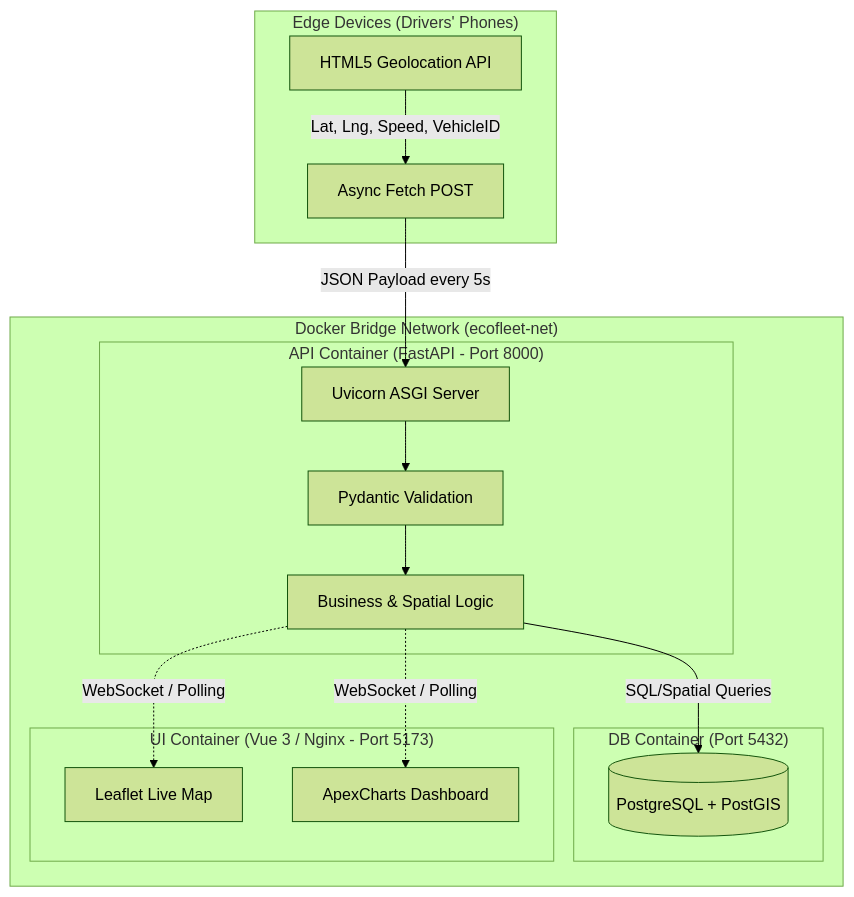
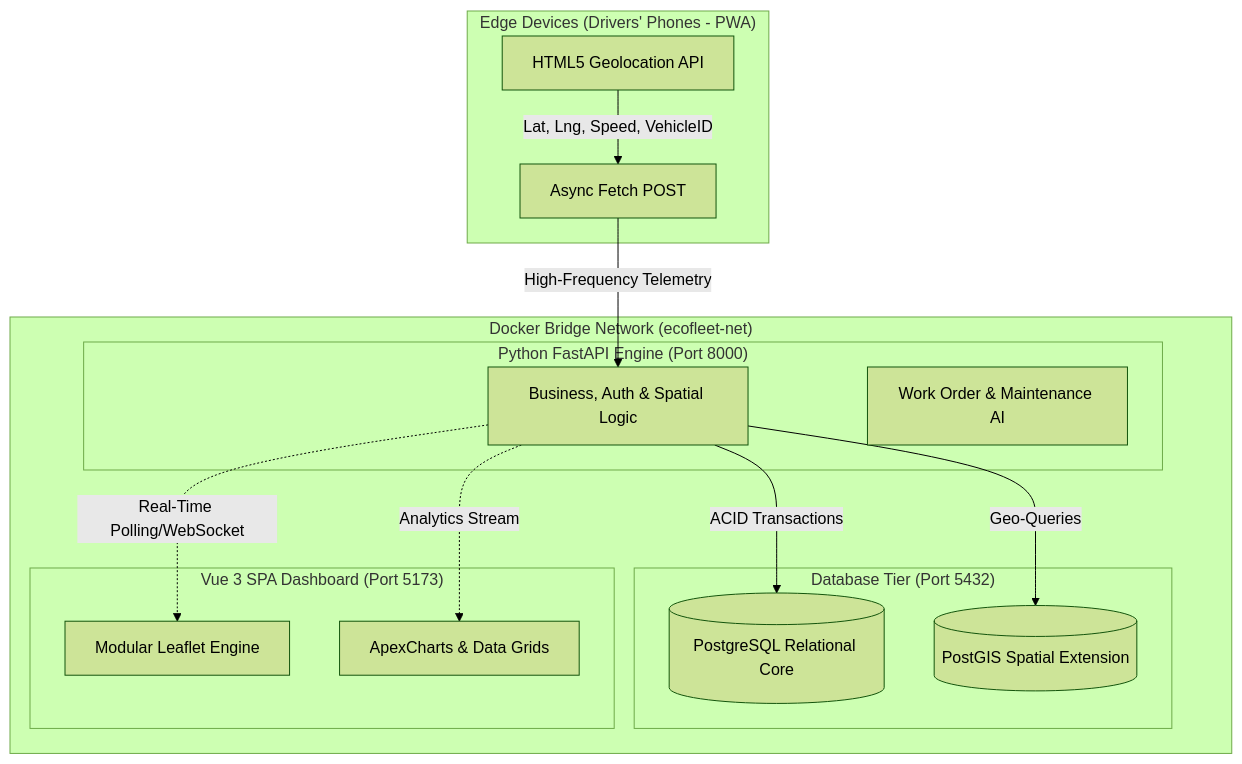
Before and after one commit to EgeSul/EcoFleet-Core: the diagram in README.md, drawn with Mermaid (forest theme). The commit also changed other lines of this file, not shown here.

````diff
--- a/README.md
+++ b/README.md
@@ -71,32 +18,31 @@
 ```mermaid
 graph TD
-    subgraph MobileEdge ["Edge Devices (Drivers' Phones)"]
+    subgraph MobileEdge ["Edge Devices (Drivers' Phones - PWA)"]
         GPS[HTML5 Geolocation API]
         Sender[Async Fetch POST]
         GPS -->|Lat, Lng, Speed, VehicleID| Sender
     end
 
     subgraph DockerNetwork ["Docker Bridge Network (ecofleet-net)"]
-        subgraph APIContainer ["API Container (FastAPI - Port 8000)"]
-            Engine[Uvicorn ASGI Server]
-            Validator[Pydantic Validation]
-            Logic[Business & Spatial Logic]
+        subgraph APIContainer ["Python FastAPI Engine (Port 8000)"]
+            Logic[Business, Auth & Spatial Logic]
+            Task[Work Order & Maintenance AI]
         end
 
-        subgraph DBContainer ["DB Container (Port 5432)"]
-            PG[(PostgreSQL + PostGIS)]
+        subgraph DBContainer ["Database Tier (Port 5432)"]
+            PG[(PostgreSQL Relational Core)]
+            GIS[(PostGIS Spatial Extension)]
         end
 
-        subgraph UIContainer ["UI Container (Vue 3 / Nginx - Port 5173)"]
-            Map[Leaflet Live Map]
-            Metrics[ApexCharts Dashboard]
+        subgraph UIContainer ["Vue 3 SPA Dashboard (Port 5173)"]
+            Map[Modular Leaflet Engine]
+            Metrics[ApexCharts & Data Grids]
         end
     end
 
-    Sender -->|JSON Payload every 5s| Engine
-    Engine --> Validator
-    Validator --> Logic
-    Logic -->|SQL/Spatial Queries| PG
-    Logic -.->|WebSocket / Polling| Map
-    Logic -.->|WebSocket / Polling| Metrics
+    Sender -->|High-Frequency Telemetry| Logic
+    Logic -->|ACID Transactions| PG
+    Logic -->|Geo-Queries| GIS
+    Logic -.->|Real-Time Polling/WebSocket| Map
+    Logic -.->|Analytics Stream| Metrics
 ```
````
